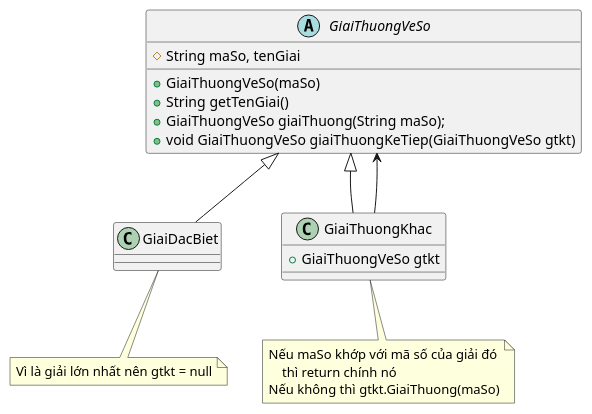
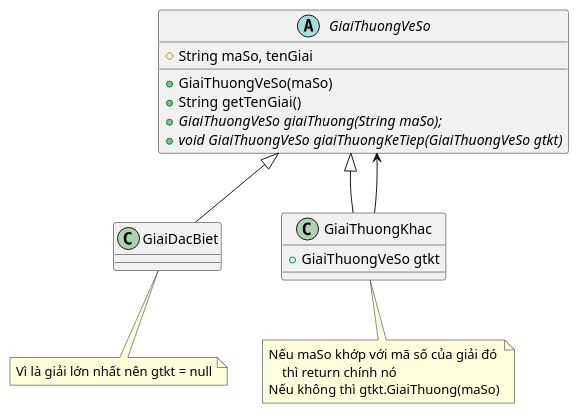
Before and after one commit to TuanKiet1774/Lap-Trinh-Java: the diagram in baitap_cb4/LotteryUML.puml, drawn with PlantUML.

```diff
--- a/baitap_cb4/LotteryUML.puml
+++ b/baitap_cb4/LotteryUML.puml
@@ -1,32 +1,32 @@
 @startuml
 'https://plantuml.com/class-diagram
 
 abstract GiaiThuongVeSo{
     # String maSo, tenGiai
     + GiaiThuongVeSo(maSo)
     + String getTenGiai()
-    + GiaiThuongVeSo giaiThuong(String maSo);
-    + void GiaiThuongVeSo giaiThuongKeTiep(GiaiThuongVeSo gtkt)
+    + {abstract} GiaiThuongVeSo giaiThuong(String maSo);
+    + {abstract} void GiaiThuongVeSo giaiThuongKeTiep(GiaiThuongVeSo gtkt)
 }
 
 class GiaiDacBiet extends GiaiThuongVeSo{
 
 }
 
 
 note bottom of GiaiDacBiet
     Vì là giải lớn nhất nên gtkt = null
 end note
 
 class GiaiThuongKhac extends GiaiThuongVeSo{
     + GiaiThuongVeSo gtkt
 }
 
 note bottom of GiaiThuongKhac
     Nếu maSo khớp với mã số của giải đó
         thì return chính nó
     Nếu không thì gtkt.GiaiThuong(maSo)
 end note
 
 GiaiThuongKhac --> GiaiThuongVeSo
 @enduml
```
